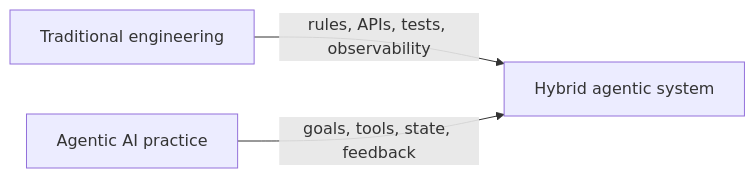
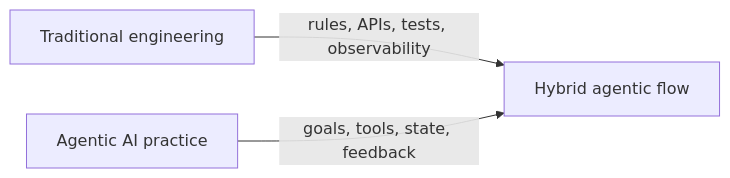
Before and after one commit to naren-allam/agents-beginners: the first of 13 diagrams in book/chapters/chapter-05-transitioning-from-traditional-engineering-to-agentic-ai.md, drawn with Mermaid. The commit also changed other lines of this file and 28 other files, not shown here.

````diff
--- a/book/chapters/chapter-05-transitioning-from-traditional-engineering-to-agentic-ai.md
+++ b/book/chapters/chapter-05-transitioning-from-traditional-engineering-to-agentic-ai.md
@@ -9,9 +9,9 @@
 ```mermaid
 flowchart LR
     Traditional["Traditional engineering"]
-    Hybrid["Hybrid agentic system"]
+    Hybrid["Hybrid agentic flow"]
     Agentic["Agentic AI practice"]
 
     Traditional -->|"rules, APIs, tests, observability"| Hybrid
     Agentic -->|"goals, tools, state, feedback"| Hybrid
 ```
````
